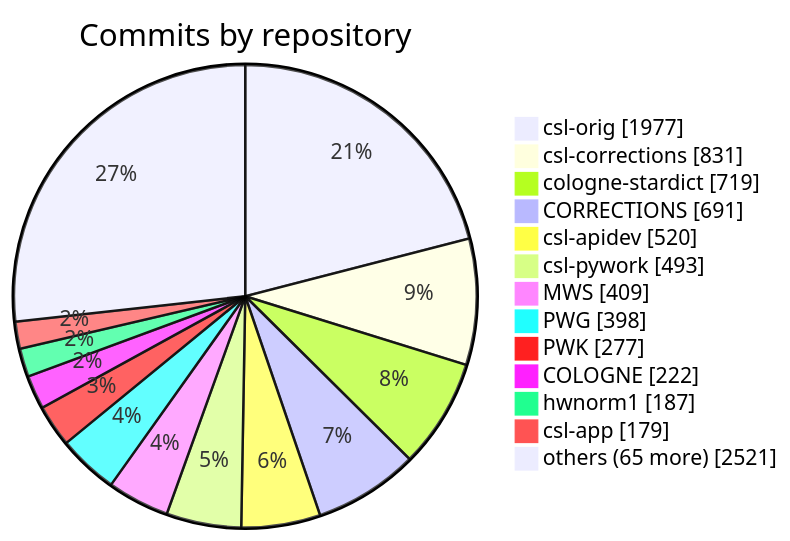
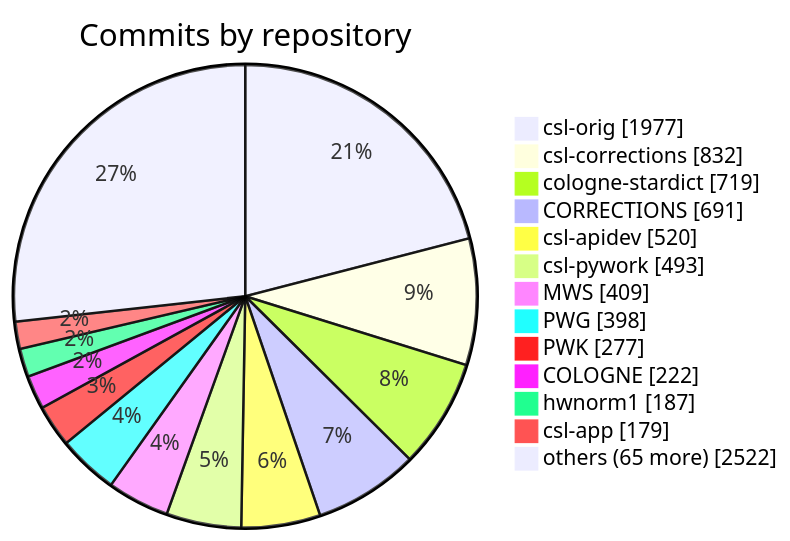
One commit to sanskrit-lexicon/csl-observatory changed the third of 3 diagrams in docs/CONTRIBUTOR_STATS.md. Above: the diagram before and after it, drawn with Mermaid. The commit also changed other lines of this file and 2 other files, not shown here.

````diff
--- a/docs/CONTRIBUTOR_STATS.md
+++ b/docs/CONTRIBUTOR_STATS.md
@@ -268,17 +268,17 @@
 ```mermaid
 pie showData
   title Commits by repository
   "csl-orig" : 1977
-  "csl-corrections" : 831
+  "csl-corrections" : 832
   "cologne-stardict" : 719
   "CORRECTIONS" : 691
   "csl-apidev" : 520
   "csl-pywork" : 493
   "MWS" : 409
   "PWG" : 398
   "PWK" : 277
   "COLOGNE" : 222
   "hwnorm1" : 187
   "csl-app" : 179
-  "others (65 more)" : 2521
+  "others (65 more)" : 2522
 ```
````
